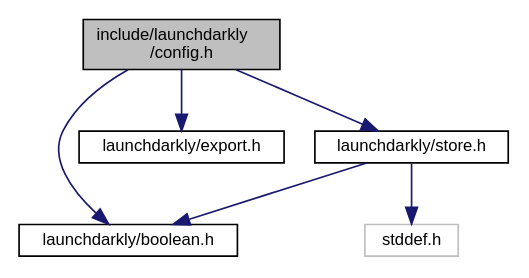
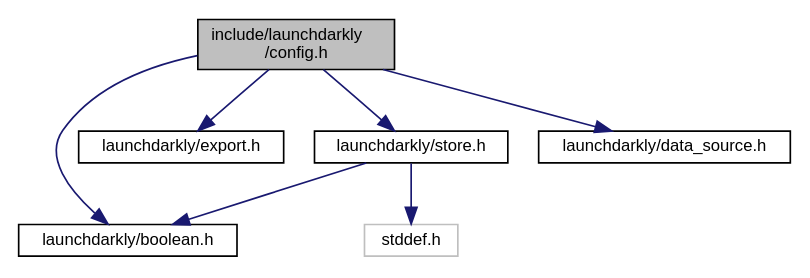
The diagram in config_8h__incl.dot (launchdarkly/c-server-sdk), drawn with Graphviz before and after one commit. The commit also changed 86 other files, not shown here.

```diff
--- a/config_8h__incl.dot
+++ b/config_8h__incl.dot
@@ -1,15 +1,17 @@
 digraph "include/launchdarkly/config.h"
 {
   edge [fontname="Helvetica",fontsize="10",labelfontname="Helvetica",labelfontsize="10"];
   node [fontname="Helvetica",fontsize="10",shape=record];
   Node0 [label="include/launchdarkly\l/config.h",height=0.2,width=0.4,color="black", fillcolor="grey75", style="filled", fontcolor="black"];
   Node0 -> Node1 [color="midnightblue",fontsize="10",style="solid",fontname="Helvetica"];
   Node1 [label="launchdarkly/boolean.h",height=0.2,width=0.4,color="black", fillcolor="white", style="filled",URL="$boolean_8h.html",tooltip="A custom c89 boolean type. "];
   Node0 -> Node2 [color="midnightblue",fontsize="10",style="solid",fontname="Helvetica"];
   Node2 [label="launchdarkly/export.h",height=0.2,width=0.4,color="black", fillcolor="white", style="filled",URL="$export_8h.html",tooltip="Public. Configuration of exported symbols. "];
   Node0 -> Node3 [color="midnightblue",fontsize="10",style="solid",fontname="Helvetica"];
   Node3 [label="launchdarkly/store.h",height=0.2,width=0.4,color="black", fillcolor="white", style="filled",URL="$store_8h.html",tooltip="Public API for Store implementations. "];
   Node3 -> Node4 [color="midnightblue",fontsize="10",style="solid",fontname="Helvetica"];
   Node4 [label="stddef.h",height=0.2,width=0.4,color="grey75", fillcolor="white", style="filled"];
   Node3 -> Node1 [color="midnightblue",fontsize="10",style="solid",fontname="Helvetica"];
+  Node0 -> Node5 [color="midnightblue",fontsize="10",style="solid",fontname="Helvetica"];
+  Node5 [label="launchdarkly/data_source.h",height=0.2,width=0.4,color="black", fillcolor="white", style="filled",URL="$data__source_8h.html",tooltip="Public API for data source implementation. "];
 }
```
